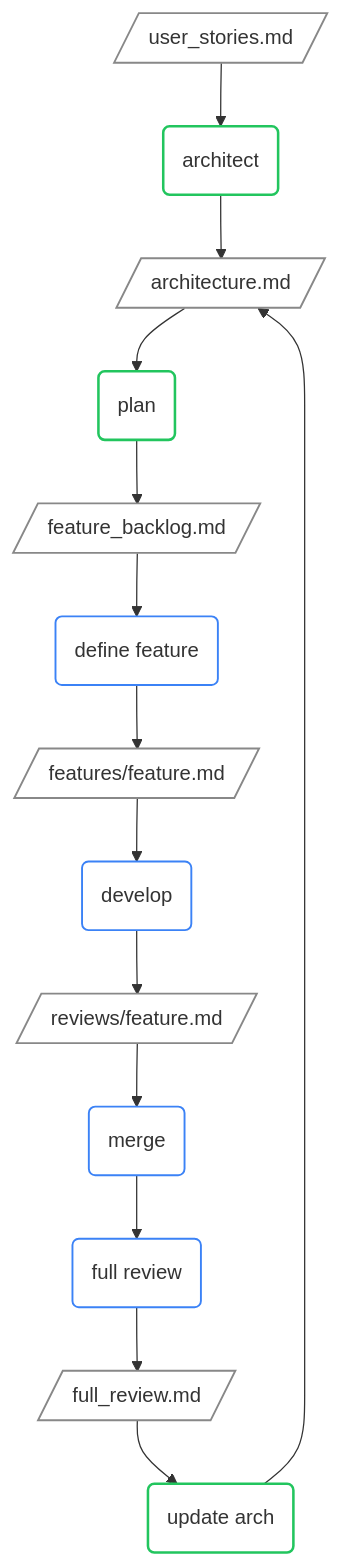
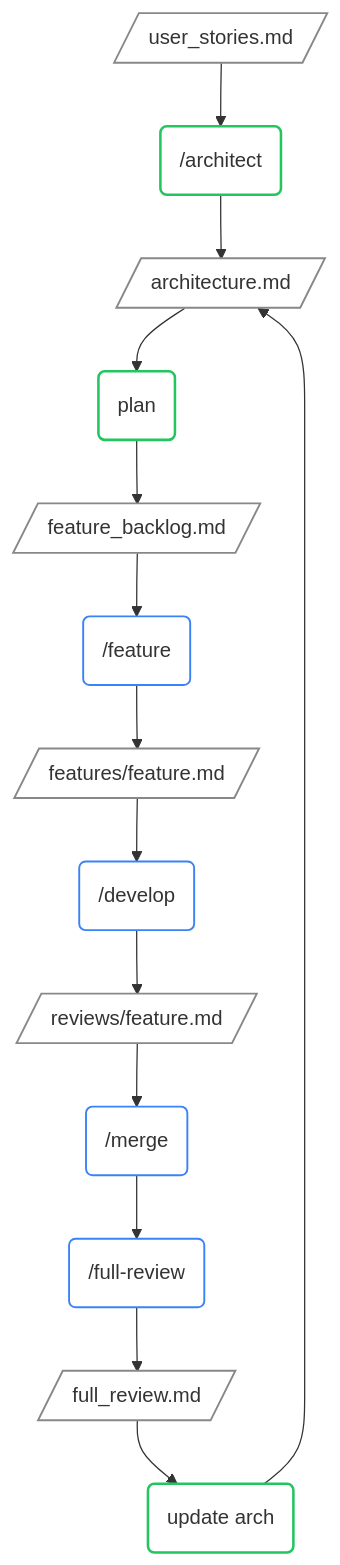
The first of 2 diagrams in README.md (sjev/robodev), drawn with Mermaid before and after one commit.

Commit message:
Update action commands in workflow diagrams for consistency

````diff
--- a/README.md
+++ b/README.md
@@ -9,37 +9,37 @@
 ```mermaid
 flowchart TD
 
     %% ==== DOCUMENTS ====
     US[/user_stories.md/]
     ARCH_DOC[/architecture.md/]
     BACKLOG[/feature_backlog.md/]
     FEAT_DOC[/features/feature.md/]
     FEAT_REV[/reviews/feature.md/]
     FULL_REV[/full_review.md/]
 
     %% ==== ACTIONS ====
-    ARCH("architect")
+    ARCH("/architect")
     PLAN("plan")
-    FEAT("define feature")
-    DEV("develop")
-    MERGE("merge")
-    FULL("full review")
+    FEAT("/feature")
+    DEV("/develop")
+    MERGE("/merge")
+    FULL("/full-review")
     UPDATE("update arch")
 
     %% ==== FLOW ====
     US --> ARCH --> ARCH_DOC
     ARCH_DOC --> PLAN --> BACKLOG
     BACKLOG --> FEAT --> FEAT_DOC
     FEAT_DOC --> DEV --> FEAT_REV
     FEAT_REV --> MERGE --> FULL
     FULL --> FULL_REV --> UPDATE --> ARCH_DOC
 
     %% ==== STYLING (theme-safe) ====
     classDef doc fill:transparent,stroke:#888,stroke-width:1.5px;
     classDef cmd fill:transparent,stroke:#3b82f6,stroke-width:1.5px;
     classDef manual fill:transparent,stroke:#22c55e,stroke-width:2px;
 
     class US,ARCH_DOC,BACKLOG,FEAT_DOC,FEAT_REV,FULL_REV doc;
     class FEAT,DEV,MERGE,FULL cmd;
     class ARCH,PLAN,UPDATE manual;
 ```
````
